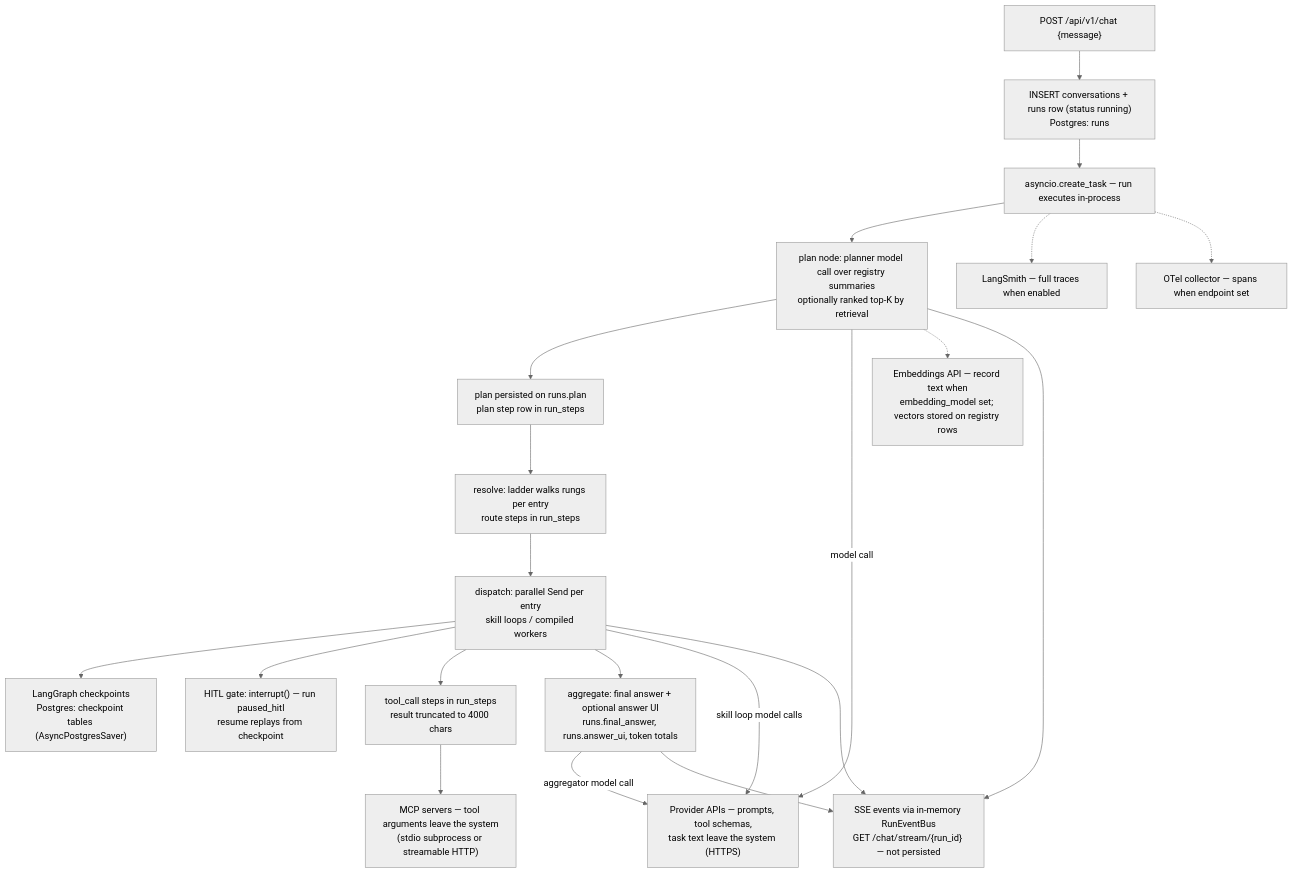
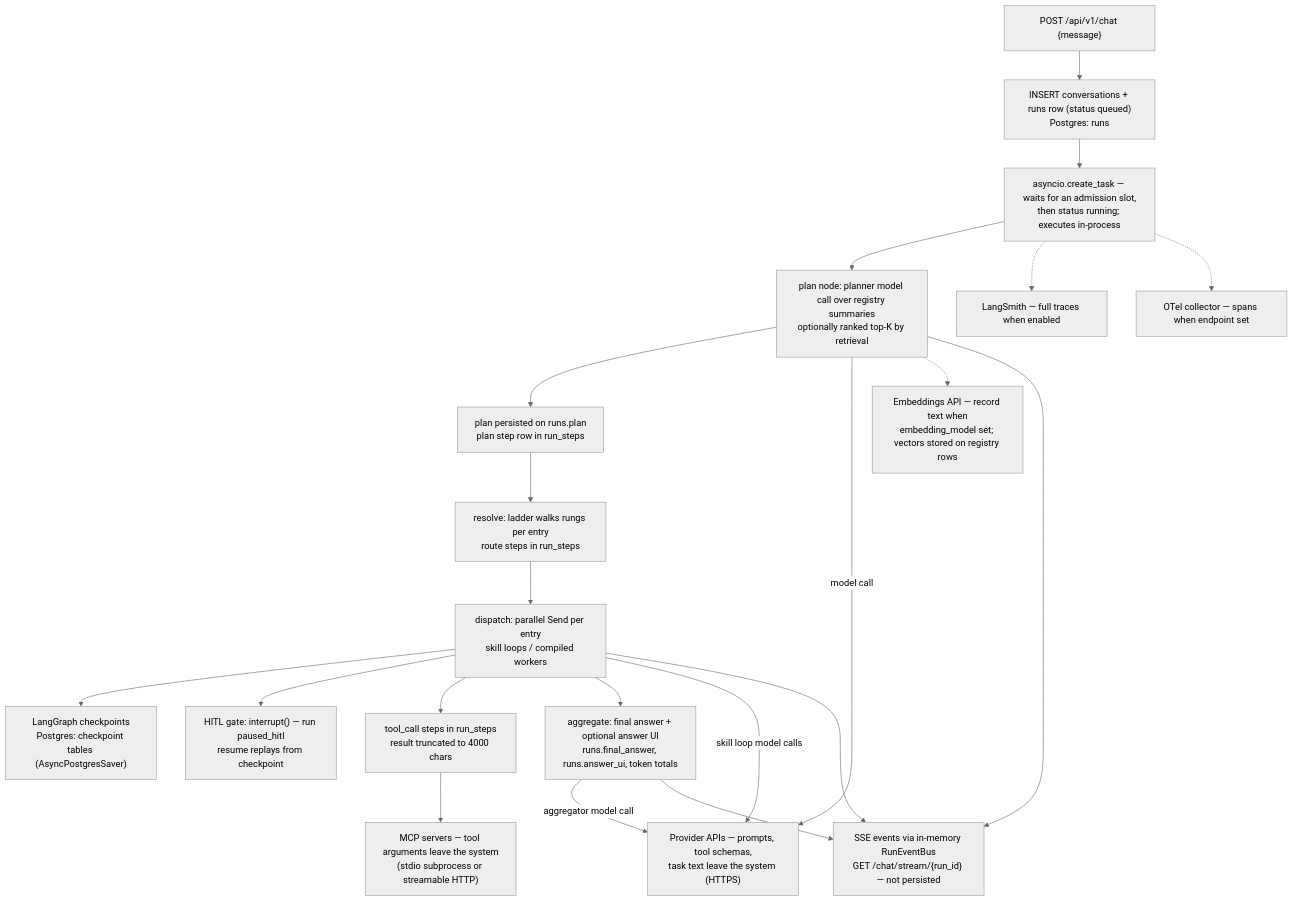
Before and after one commit to maheshyaddanapudi/concierge-agent: the fifth of 5 diagrams in docs/architecture/overview.md, drawn with Mermaid (neutral theme). The commit also changed other lines of this file and 133 other files, not shown here.

````diff
--- a/docs/architecture/overview.md
+++ b/docs/architecture/overview.md
@@ -243,38 +245,38 @@
 ```mermaid
 graph TB
   msg["POST /api/v1/chat {message}"]
-  runrow["INSERT conversations + runs row (status running)<br>Postgres: runs"]
-  task["asyncio.create_task — run executes in-process"]
+  runrow["INSERT conversations + runs row (status queued)<br>Postgres: runs"]
+  task["asyncio.create_task — waits for an admission slot,<br>then status running; executes in-process"]
   plan["plan node: planner model call over registry summaries<br>optionally ranked top-K by retrieval"]
   planout["plan persisted on runs.plan<br>plan step row in run_steps"]
   resolve["resolve: ladder walks rungs per entry<br>route steps in run_steps"]
   dispatch["dispatch: parallel Send per entry<br>skill loops / compiled workers"]
   ckpt["LangGraph checkpoints<br>Postgres: checkpoint tables (AsyncPostgresSaver)"]
   hitl["HITL gate: interrupt() — run paused_hitl<br>resume replays from checkpoint"]
   toolcalls["tool_call steps in run_steps<br>result truncated to 4000 chars"]
   agg["aggregate: final answer + optional answer UI<br>runs.final_answer, runs.answer_ui, token totals"]
   sse["SSE events via in-memory RunEventBus<br>GET /chat/stream/{run_id} — not persisted"]
 
   llmapi["Provider APIs — prompts, tool schemas,<br>task text leave the system (HTTPS)"]
   mcpsrv["MCP servers — tool arguments leave the system<br>(stdio subprocess or streamable HTTP)"]
   lsmith["LangSmith — full traces when enabled"]
   otelc["OTel collector — spans when endpoint set"]
   embs["Embeddings API — record text when<br>embedding_model set; vectors stored on registry rows"]
 
   msg --> runrow --> task --> plan
   plan --> planout --> resolve --> dispatch
   dispatch --> ckpt
   dispatch --> hitl
   dispatch --> toolcalls
   dispatch --> agg
   plan -->|"model call"| llmapi
   dispatch -->|"skill loop model calls"| llmapi
   agg -->|"aggregator model call"| llmapi
   toolcalls --> mcpsrv
   task -.-> lsmith
   task -.-> otelc
   plan -.-> embs
   plan --> sse
   dispatch --> sse
   agg --> sse
 ```
````
